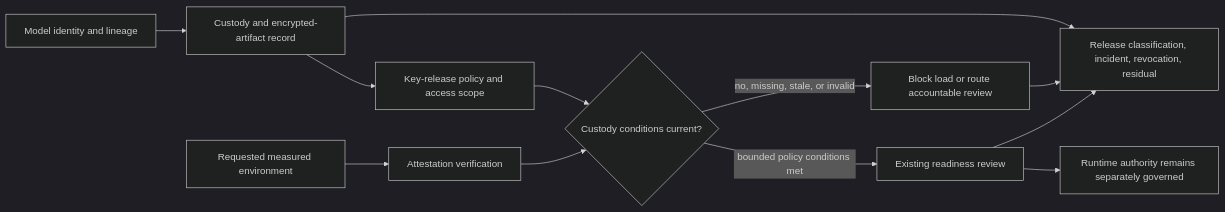
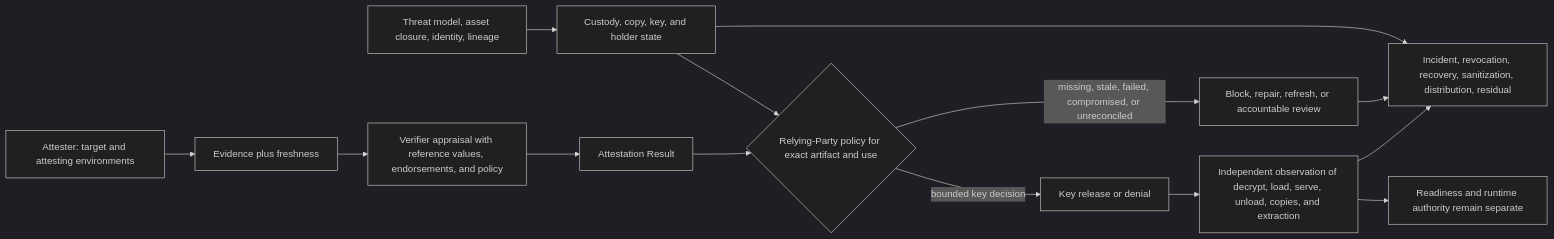
The diagram in chapters/model-weight-custody-and-hardware-roots-of-trust.qmd (corbensorenson/asi-stack-book), drawn with Mermaid (dark theme) before and after one commit. The commit also changed other lines of this file and 723 other files, not shown here.

````diff
--- a/chapters/model-weight-custody-and-hardware-roots-of-trust.qmd
+++ b/chapters/model-weight-custody-and-hardware-roots-of-trust.qmd
@@ -202,14 +277,16 @@
 ```{mermaid}
 flowchart LR
-  I["Model identity and lineage"] --> C["Custody and encrypted-artifact record"]
-  C --> P["Key-release policy and access scope"]
-  E["Requested measured environment"] --> A["Attestation verification"]
-  P --> D{"Custody conditions current?"}
-  A --> D
-  D -->|"no, missing, stale, or invalid"| B["Block load or route accountable review"]
-  D -->|"bounded policy conditions met"| R["Existing readiness review"]
-  R --> X["Runtime authority remains separately governed"]
-  C --> O["Release classification, incident, revocation, residual"]
+  I["Threat model, asset closure, identity, lineage"] --> C["Custody, copy, key, and holder state"]
+  T["Attester: target and attesting environments"] --> E["Evidence plus freshness"]
+  E --> V["Verifier appraisal with reference values, endorsements, and policy"]
+  V --> A["Attestation Result"]
+  C --> RP{"Relying-Party policy for exact artifact and use"}
+  A --> RP
+  RP -->|"missing, stale, failed, compromised, or unreconciled"| B["Block, repair, refresh, or accountable review"]
+  RP -->|"bounded key decision"| K["Key release or denial"]
+  K --> L["Independent observation of decrypt, load, serve, unload, copies, and extraction"]
+  L --> R["Readiness and runtime authority remain separate"]
+  C --> O["Incident, revocation, recovery, sanitization, distribution, residual"]
   B --> O
-  R --> O
+  L --> O
 ```
````
